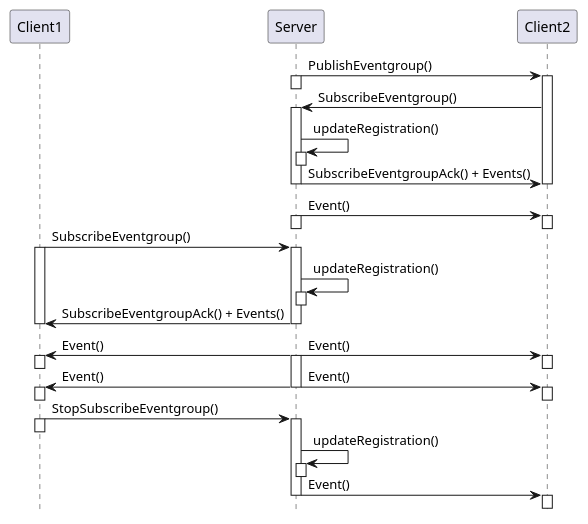
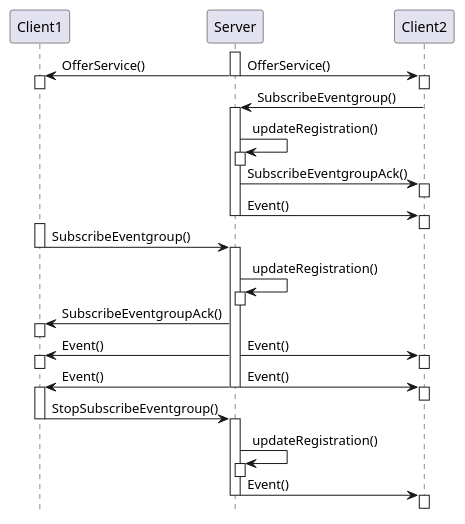
One commit to some-ip-com/open-someip-spec changed the diagram in src/images/plantuml/feat_req_someipsd_634.puml. Above: the diagram before and after it, drawn with PlantUML. The commit also changed 16 other files, not shown here.

```diff
--- a/src/images/plantuml/feat_req_someipsd_634.puml
+++ b/src/images/plantuml/feat_req_someipsd_634.puml
@@ -1,65 +1,61 @@
 @startuml
 !pragma teoz true
 hide footbox
 
 participant Client1
 participant Server
 participant Client2
 
-Server -> Client2: PublishEventgroup()
 activate Server
-deactivate Server
-activate Client2
-Client2 -> Server++: SubscribeEventgroup()
 
-Server -> Server: updateRegistration()
-activate Server
-deactivate Server
-Server -> Client2: SubscribeEventgroupAck() + Events()
-deactivate Server
-deactivate Client2
-
-Server -> Client2: Event()
-activate Server
-activate Client2
-
+Server -> Client1 ++: OfferService()
+&Server -> Client2 ++: OfferService()
+deactivate Client1
 deactivate Client2
 deactivate Server
 
+Client2 -> Server ++: SubscribeEventgroup()
+
+Server -> Server ++: updateRegistration()
+deactivate Server
+Server -> Client2 ++: SubscribeEventgroupAck()
+deactivate Client2
+Server -> Client2 ++: Event()
+deactivate Client2
+deactivate Server
+
+activate Client1
 Client1 -> Server ++: SubscribeEventgroup()
-activate Client1
+deactivate Client1
 ' activate Server
 
-Server -> Server: updateRegistration()
-activate Server
+Server -> Server ++: updateRegistration()
 deactivate Server
-Server -> Client1: SubscribeEventgroupAck() + Events()
+' activate Server
+' activate Client1
+Server -> Client1 ++: SubscribeEventgroupAck()
 deactivate Client1
-deactivate Server
 
 Server -> Client1 ++: Event()
-activate Server
 &Server -> Client2 ++: Event()
 deactivate Client1
 deactivate Client2
 
 Server -> Client1 ++: Event()
 &Server -> Client2 ++: Event()
-deactivate Client1
 deactivate Client2
 deactivate Server
 
-Client1 -> Server++: StopSubscribeEventgroup()
-activate Client1
+Client1 -> Server ++: StopSubscribeEventgroup()
 deactivate Client1
 ' deactivate Client1
-Server -> Server: updateRegistration()
-activate Server
+Server -> Server ++: updateRegistration()
 deactivate Server
 Server -> Client2 ++: Event()
 deactivate Client2
 deactivate Server
-' deactivate Client2
+' activate Client2
 ' deactivate Client2
 ' deactivate Server
+
 @enduml
```
